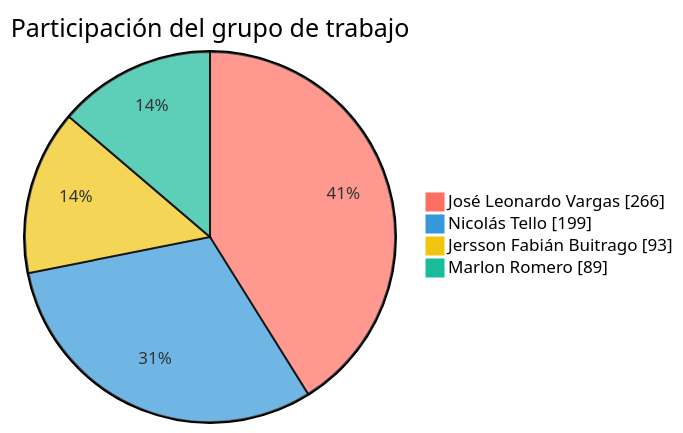
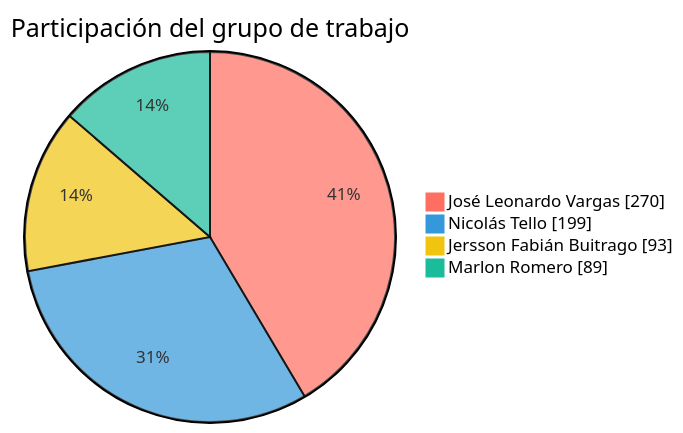
The first of 2 diagrams in README.md (FarmaExpres/FarmaExpres), drawn with Mermaid before and after one commit. The commit also changed other lines of this file and 1 other file, not shown here.

````diff
--- a/README.md
+++ b/README.md
@@ -389,9 +389,9 @@
 ```mermaid
 %%{init: {"themeVariables": {"pie1": "#ff6f61", "pie2": "#3498db", "pie3": "#f1c40f", "pie4": "#1abc9c", "pieLabelColor": "#000000", "pieLabelFontSize": "24px", "pieLabelFontWeight": "700"}}}%%
 pie showData
     title Participación del grupo de trabajo
-    "José Leonardo Vargas" : 266
+    "José Leonardo Vargas" : 270
     "Nicolás Tello" : 199
     "Jersson Fabián Buitrago" : 93
     "Marlon Romero" : 89
 ```
````
